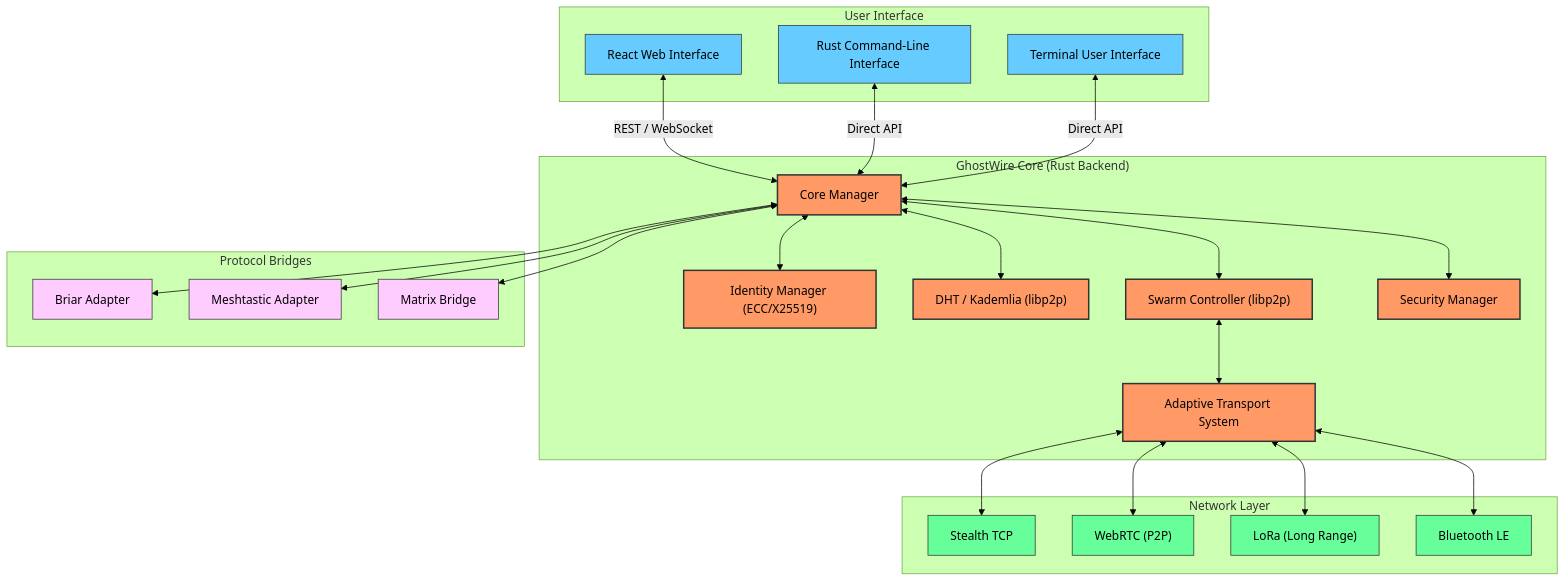
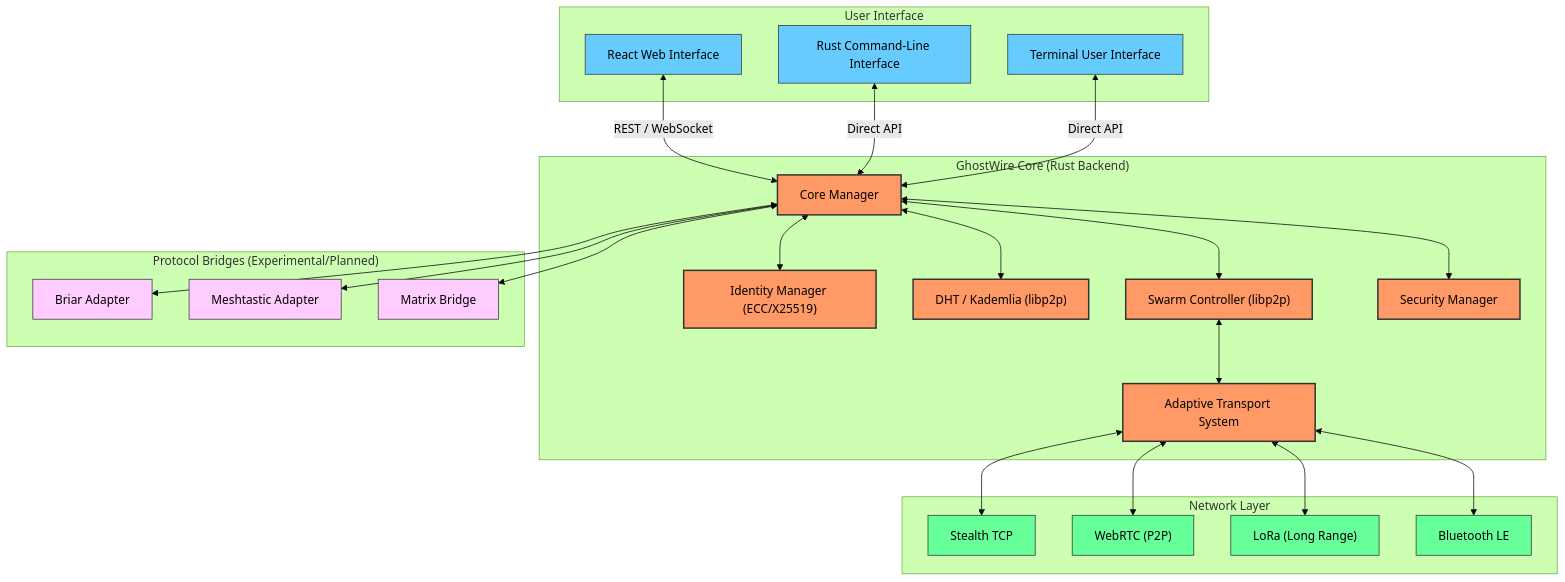
One commit to Phantomojo/GhostWire-secure-mesh-communication changed the diagram in docs/ARCHITECTURE.md. Above: the diagram before and after it, drawn with Mermaid (forest theme). The commit also changed other lines of this file and 127 other files, not shown here.

````diff
--- a/docs/ARCHITECTURE.md
+++ b/docs/ARCHITECTURE.md
@@ -11,59 +11,59 @@
 ```mermaid
 graph TD;
   subgraph "User Interface"
     WebUI["React Web Interface"]
     CLI["Rust Command-Line Interface"]
     TUI["Terminal User Interface"]
   end
 
   subgraph "GhostWire Core (Rust Backend)"
     Core["Core Manager"]
     Identity["Identity Manager (ECC/X25519)"]
     Kademlia["DHT / Kademlia (libp2p)"]
     Swarm["Swarm Controller (libp2p)"]
     Security["Security Manager"]
     Transport["Adaptive Transport System"]
   end
 
   subgraph "Network Layer"
     TCP["Stealth TCP"]
     WebRTC["WebRTC (P2P)"]
     LoRa["LoRa (Long Range)"]
     BT["Bluetooth LE"]
   end
 
-  subgraph "Protocol Bridges"
+  subgraph "Protocol Bridges (Experimental/Planned)"
     Briar["Briar Adapter"]
     Meshtastic["Meshtastic Adapter"]
     Matrix["Matrix Bridge"]
   end
 
   WebUI <-->|REST / WebSocket| Core
   CLI <-->|Direct API| Core
   TUI <-->|Direct API| Core
 
   Core <--> Identity
   Core <--> Kademlia
   Core <--> Swarm
   Core <--> Security
 
   Swarm <--> Transport
   Transport <--> TCP
   Transport <--> WebRTC
   Transport <--> LoRa
   Transport <--> BT
 
   Core <--> Briar
   Core <--> Meshtastic
   Core <--> Matrix
 
   classDef core fill:#f96,stroke:#333,stroke-width:2px;
   classDef interface fill:#6cf,stroke:#333,stroke-width:1px;
   classDef network fill:#6f9,stroke:#333,stroke-width:1px;
   classDef adapter fill:#fcf,stroke:#333,stroke-width:1px;
 
   class Core,Identity,Kademlia,Swarm,Security,Transport core;
   class WebUI,CLI,TUI interface;
   class TCP,WebRTC,LoRa,BT network;
   class Briar,Meshtastic,Matrix adapter;
 ```
````
